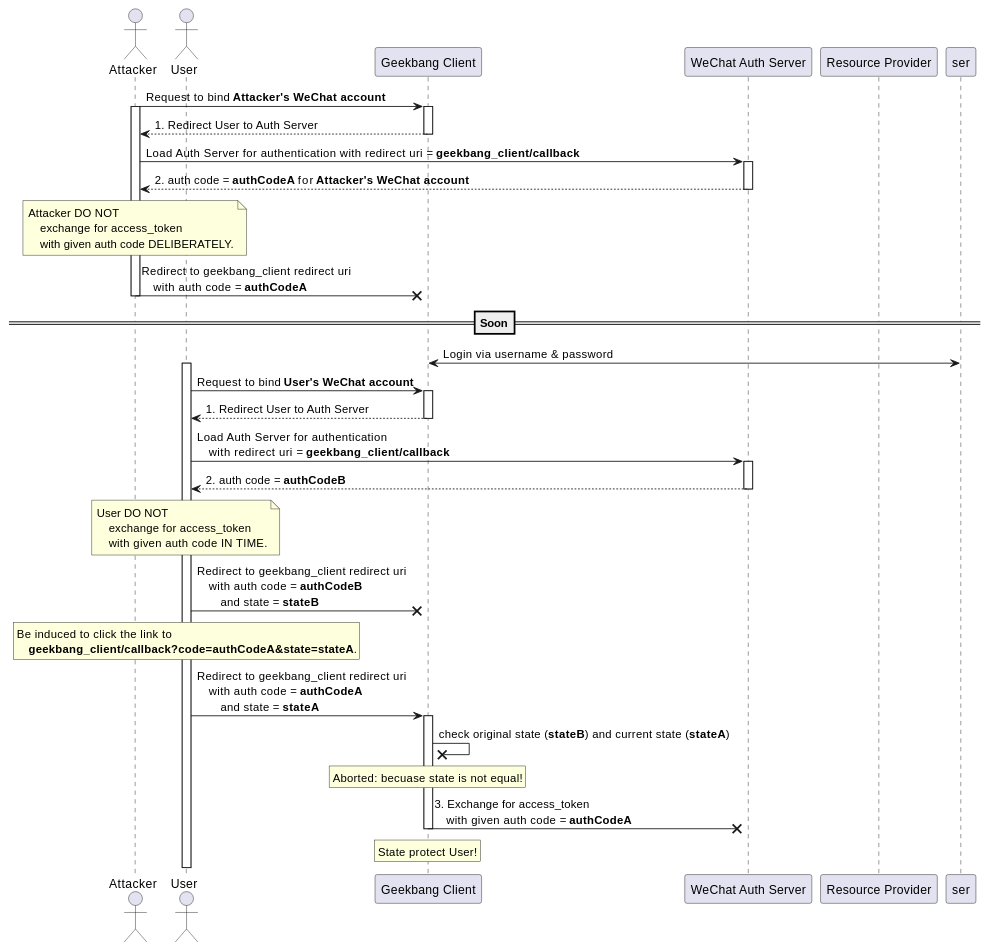
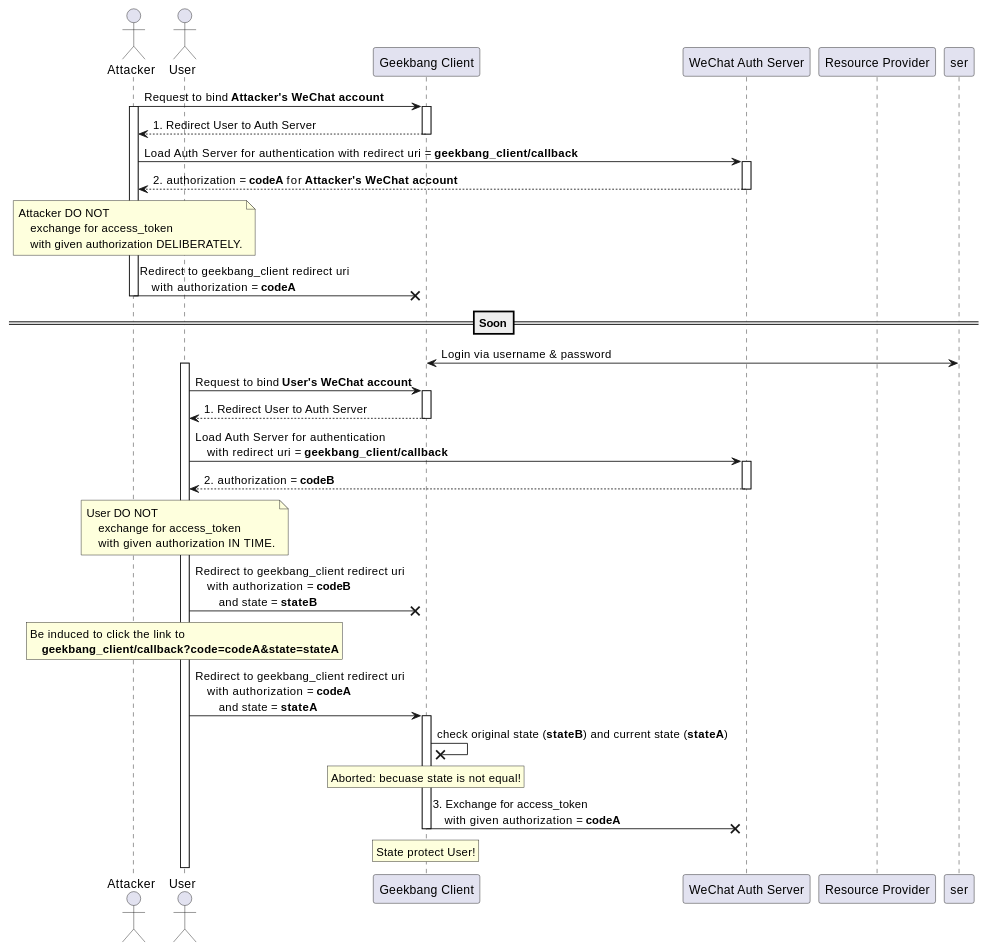
Before and after one commit to IceHe/lib: the second of 2 diagrams in auth/csrf-attack-on-oauth.md, drawn with PlantUML. The commit also changed other lines of this file, not shown here.

````diff
--- a/auth/csrf-attack-on-oauth.md
+++ b/auth/csrf-attack-on-oauth.md
@@ -110,75 +110,75 @@
 ```plantuml
 @startuml
 actor attacker as "Attacker"
 actor user as "User"
 
 participant geekbang_client as "Geekbang Client"
 
 participant auth_serv as "WeChat Auth Server"
 participant protected_res as "Resource Provider"
 
 attacker -> geekbang_client: Request to bind **Attacker's WeChat account**
 activate attacker
 activate geekbang_client
 attacker <-- geekbang_client: 1. Redirect User to Auth Server
 deactivate geekbang_client
 
 attacker -> auth_serv: Load Auth Server for authentication with redirect uri = **geekbang_client/callback**
 activate auth_serv
-attacker <-- auth_serv: 2. auth code = **authCodeA** for **Attacker's WeChat account**
+attacker <-- auth_serv: 2. authorization = **codeA** for **Attacker's WeChat account**
 deactivate auth_serv
 
 note over attacker
     Attacker DO NOT
         exchange for access_token
-        with given auth code DELIBERATELY.
+        with given authorization DELIBERATELY.
 endrnote
 
-attacker -x geekbang_client: Redirect to geekbang_client redirect uri \n    with auth code = **authCodeA**
+attacker -x geekbang_client: Redirect to geekbang_client redirect uri \n    with authorization = **codeA**
 deactivate attacker
 
 ==Soon==
 
 ser <-> geekbang_client: Login via username & password
 activate user
 user -> geekbang_client: Request to bind **User's WeChat account**
 activate geekbang_client
 user <-- geekbang_client: 1. Redirect User to Auth Server
 deactivate geekbang_client
 
 user -> auth_serv: Load Auth Server for authentication \n    with redirect uri = **geekbang_client/callback**
 activate auth_serv
-user <-- auth_serv: 2. auth code = **authCodeB**
+user <-- auth_serv: 2. authorization = **codeB**
 deactivate auth_serv
 
 note over user
     User DO NOT
         exchange for access_token
-        with given auth code IN TIME.
+        with given authorization IN TIME.
 endrnote
 
-user -x geekbang_client: Redirect to geekbang_client redirect uri \n    with auth code = **authCodeB** \n        and state = **stateB**
+user -x geekbang_client: Redirect to geekbang_client redirect uri \n    with authorization = **codeB** \n        and state = **stateB**
 
 rnote over user
     Be induced to click the link to
-        **geekbang_client/callback?code=authCodeA&state=stateA**.
+        **geekbang_client/callback?code=codeA&state=stateA**
 endrnote
 
-user -> geekbang_client: Redirect to geekbang_client redirect uri \n    with auth code = **authCodeA** \n        and state = **stateA**
+user -> geekbang_client: Redirect to geekbang_client redirect uri \n    with authorization = **codeA** \n        and state = **stateA**
 activate geekbang_client
 
 geekbang_client -x geekbang_client: check original state (**stateB**) and current state (**stateA**)
 
 rnote over geekbang_client
     Aborted: becuase state is not equal!
 endrnote
 
-geekbang_client -x auth_serv: 3. Exchange for access_token \n    with given auth code = **authCodeA**
+geekbang_client -x auth_serv: 3. Exchange for access_token \n    with given authorization = **codeA**
 deactivate geekbang_client
 
 rnote over geekbang_client
     State protect User!
 endrnote
 
 @enduml
 ```
````
